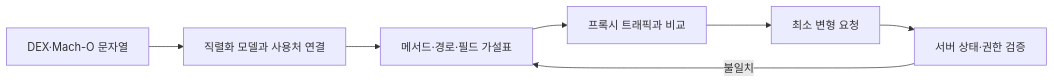
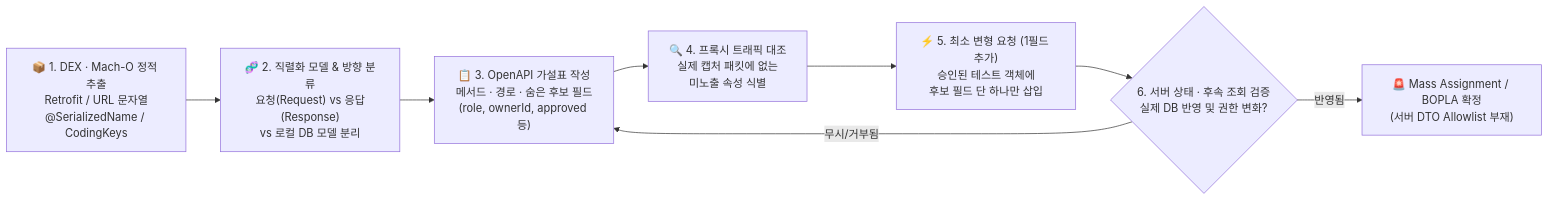
The diagram in content/모바일취약점/모바일 취약점 진단 — 앱 바이너리에서 API 계약 추출하기.md (gooyong-sec/gooyong-sec.github.io), drawn with Mermaid before and after one commit. The commit also changed other lines of this file and 68 other files, not shown here.

````diff
--- a/content/모바일취약점/모바일 취약점 진단 — 앱 바이너리에서 API 계약 추출하기.md
+++ b/content/모바일취약점/모바일 취약점 진단 — 앱 바이너리에서 API 계약 추출하기.md
@@ -53,9 +18,10 @@
 ```mermaid
 flowchart LR
-    A[DEX·Mach-O 문자열] --> B[직렬화 모델과 사용처 연결]
-    B --> C[메서드·경로·필드 가설표]
-    C --> D[프록시 트래픽과 비교]
-    D --> E[최소 변형 요청]
-    E --> F[서버 상태·권한 검증]
-    F -->|불일치| C
+    A["📦 1. DEX · Mach-O 정적 추출<br/>Retrofit / URL 문자열<br/>@SerializedName / CodingKeys"] --> B["🧬 2. 직렬화 모델 & 방향 분류<br/>요청(Request) vs 응답(Response)<br/>vs 로컬 DB 모델 분리"]
+    B --> C["📋 3. OpenAPI 가설표 작성<br/>메서드 · 경로 · 숨은 후보 필드<br/>(role, ownerId, approved 등)"]
+    C --> D["🔍 4. 프록시 트래픽 대조<br/>실제 캡처 패킷에 없는<br/>미노출 속성 식별"]
+    D --> E["⚡ 5. 최소 변형 요청 (1필드 추가)<br/>승인된 테스트 객체에<br/>후보 필드 단 하나만 삽입"]
+    E --> F{"6. 서버 상태 · 후속 조회 검증<br/>실제 DB 반영 및 권한 변화?"}
+    F -->|"반영됨"| Vuln["🚨 Mass Assignment / BOPLA 확정<br/>(서버 DTO Allowlist 부재)"]
+    F -->|"무시/거부됨"| C
 ```
````
